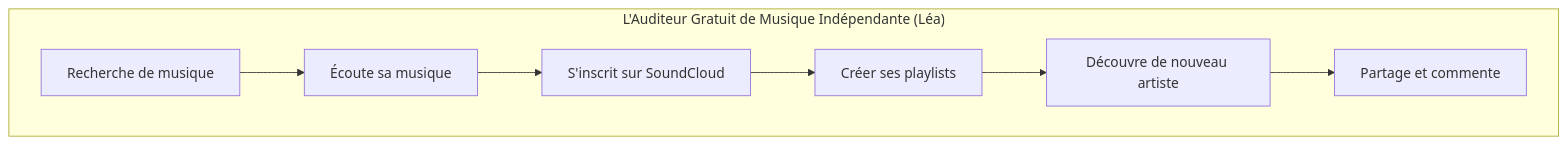
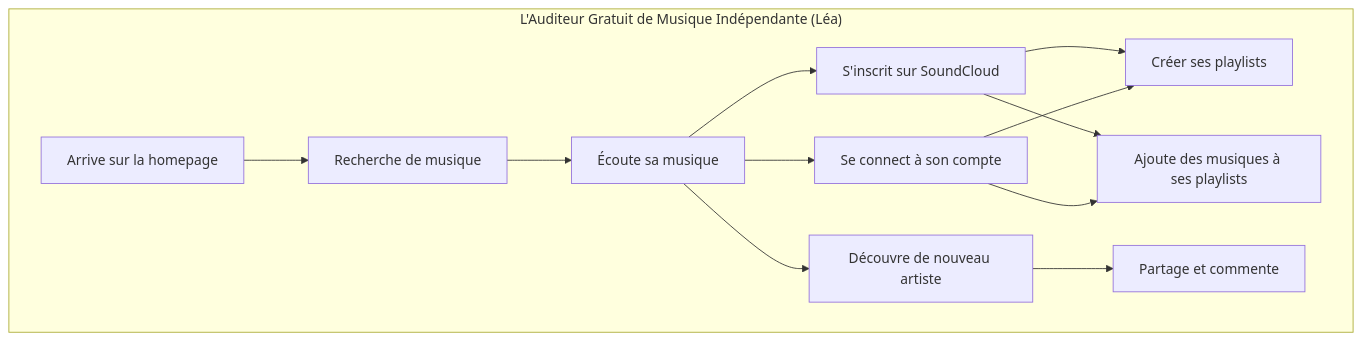
The first of 3 diagrams in README.md (QuentinVdr/GestionProjet), drawn with Mermaid before and after one commit. The commit also changed other lines of this file, not shown here.

Commit message:
📝 Update user journey diagrams in README.md

````diff
--- a/README.md
+++ b/README.md
@@ -5,13 +5,18 @@
 ```mermaid
 graph
 %% Persona 1 : L'Auditeur Gratuit de Musique Indépendante (Léa)
 subgraph Persona1["L'Auditeur Gratuit de Musique Indépendante (Léa)"]
 
-    P1R[Recherche de musique] --> P1E[Écoute sa musique]
-    P1E --> P1I[S'inscrit sur SoundCloud]
-    P1I --> P1O[Créer ses playlists]
-    P1O --> P1D[Découvre de nouveau artiste]
-    P1D--> P1P[Partage et commente]
+  P1H[Arrive sur la homepage] --> P1R[Recherche de musique]
+  P1R --> P1E[Écoute sa musique]
+  P1E --> P1I[S'inscrit sur SoundCloud]
+  P1E --> P1C[Se connect à son compte]
+  P1I --> P1Cr[Créer ses playlists]
+  P1C --> P1Cr[Créer ses playlists]
+  P1I --> P1A[Ajoute des musiques à ses playlists]
+  P1C --> P1A[Ajoute des musiques à ses playlists]
+  P1E --> P1D[Découvre de nouveau artiste]
+  P1D--> P1P[Partage et commente]
 
 end
 ```
````
